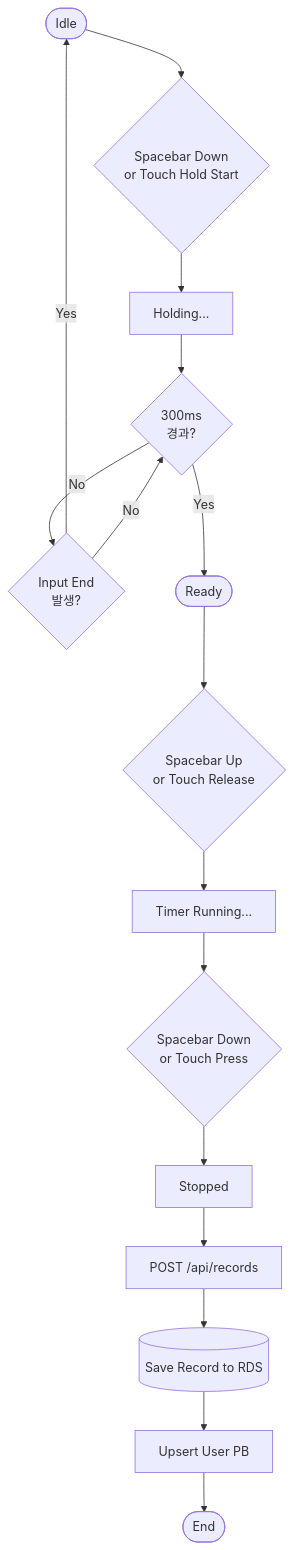
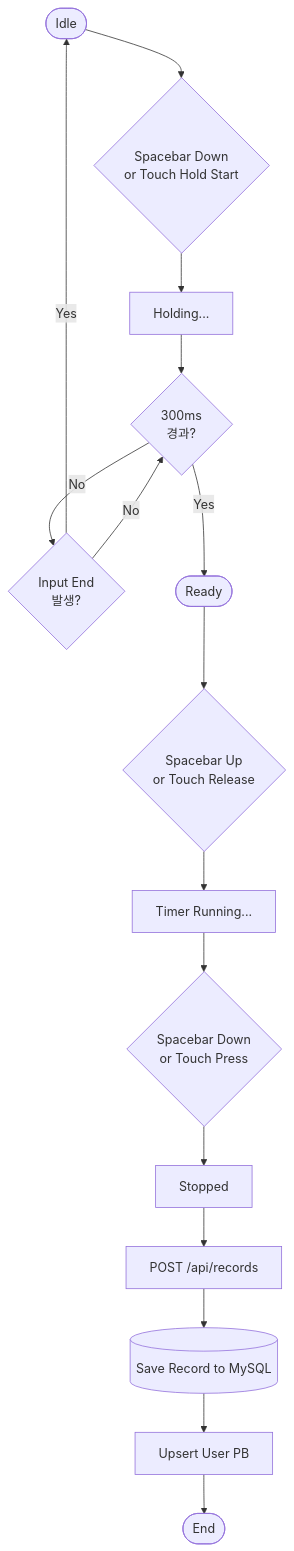
One commit to xxh3898/cubing-hub changed the first of 2 diagrams in docs/Project Overview.md. Above: the diagram before and after it, drawn with Mermaid. The commit also changed other lines of this file and 4 other files, not shown here.

````diff
--- a/docs/Project Overview.md
+++ b/docs/Project Overview.md
@@ -119,18 +119,18 @@
 ```mermaid
 flowchart TD
     Idle([Idle]) --> InputStart{Spacebar Down\nor Touch Hold Start}
     InputStart --> Holding[Holding...]
     Holding --> HoldCheck{300ms\n경과?}
     HoldCheck -- No --> Cancel{Input End\n발생?}
     Cancel -- Yes --> Idle
     Cancel -- No --> HoldCheck
     HoldCheck -- Yes --> Ready([Ready])
     Ready --> InputRelease{Spacebar Up\nor Touch Release}
     InputRelease --> Running[Timer Running...]
     Running --> StopInput{Spacebar Down\nor Touch Press}
     StopInput --> Stopped[Stopped]
     Stopped --> Req[POST /api/records]
-    Req --> DB[(Save Record to RDS)]
+    Req --> DB[(Save Record to MySQL)]
     DB --> PB[Upsert User PB]
     PB --> End([End])
 ```
````
